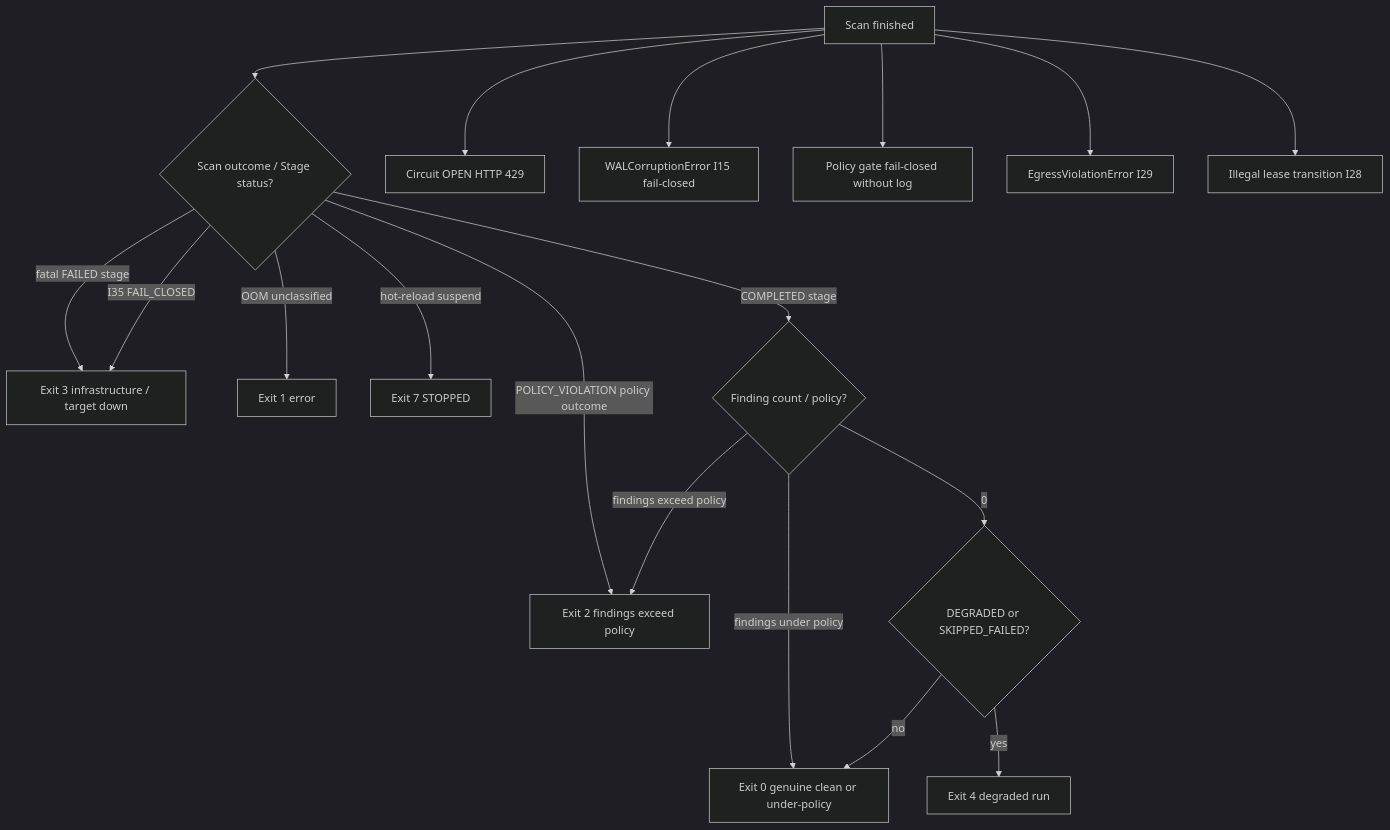
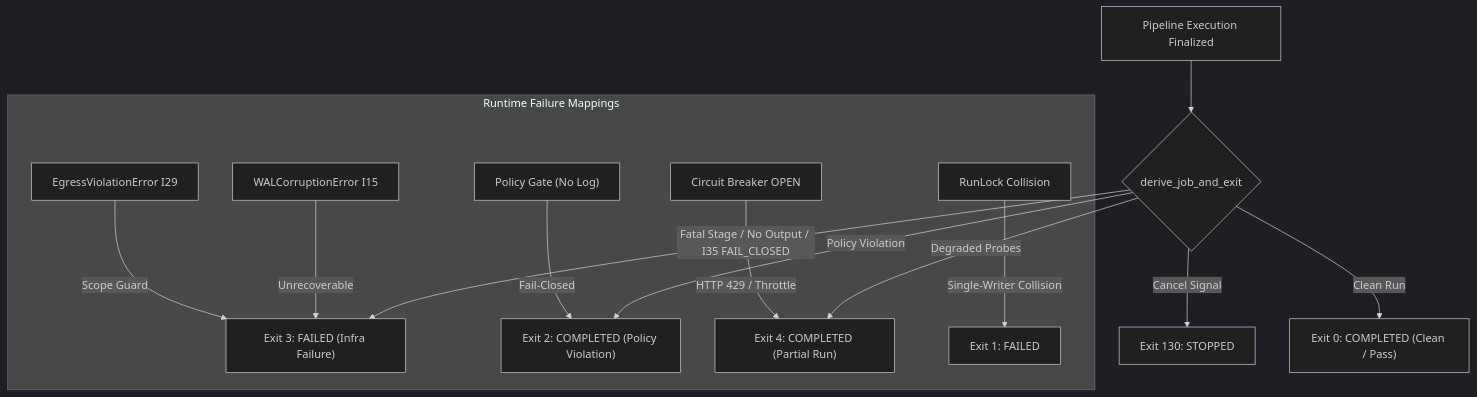
Before and after one commit to AviralGup7/Singularity-Zero: the ninth of 29 diagrams in docs/flowchart.md, drawn with Mermaid (dark theme). The commit also changed other lines of this file and 6 other files, not shown here.

Commit message:
feat(atlas): complete atlas audit hardening, code improvements, invariant registry, and charts F-034..F-045

````diff
--- a/docs/flowchart.md
+++ b/docs/flowchart.md
@@ -378,20 +452,17 @@
 ```mermaid
 flowchart TD
-    Run["Scan finished"] --> Q1{"Scan outcome / Stage status?"}
-    Q1 -->|fatal FAILED stage| Infra["Exit 3 infrastructure / target down"]
-    Q1 -->|OOM unclassified| Err1["Exit 1 error"]
-    Q1 -->|hot-reload suspend| Susp["Exit 7 STOPPED"]
-    Q1 -->|POLICY_VIOLATION policy outcome| Vuln["Exit 2 findings exceed policy"]
-    Q1 -->|COMPLETED stage| Q2{"Finding count / policy?"}
-    Q2 -->|findings under policy| Clean["Exit 0 genuine clean or under-policy"]
-    Q2 -->|findings exceed policy| Vuln
-    Q2 -->|0| Q3{"DEGRADED or SKIPPED_FAILED?"}
-    Q3 -->|no| Clean
-    Q3 -->|yes| Deg["Exit 4 degraded run"]
-    Q1 -->|I35 FAIL_CLOSED| Infra
-    Run --> CB["Circuit OPEN HTTP 429"]
-    Run --> WAL["WALCorruptionError I15 fail-closed"]
-    Run --> Pol["Policy gate fail-closed without log"]
-    Run --> Egress["EgressViolationError I29"]
-    Run --> Lease["Illegal lease transition I28"]
+    Run["Pipeline Execution Finalized"]:::impl --> Precedence{"derive_job_and_exit"}:::impl
+    Precedence -->|Cancel Signal| Exit130["Exit 130: STOPPED"]:::impl
+    Precedence -->|Fatal Stage / No Output / I35 FAIL_CLOSED| Exit3["Exit 3: FAILED (Infra Failure)"]:::impl
+    Precedence -->|Policy Violation| Exit2["Exit 2: COMPLETED (Policy Violation)"]:::impl
+    Precedence -->|Degraded Probes| Exit4["Exit 4: COMPLETED (Partial Run)"]:::impl
+    Precedence -->|Clean Run| Exit0["Exit 0: COMPLETED (Clean / Pass)"]:::impl
+    
+    subgraph ErrorMap["Runtime Failure Mappings"]
+        CB["Circuit Breaker OPEN"]:::forbidden -->|"HTTP 429 / Throttle"| Exit4
+        WAL["WALCorruptionError I15"]:::forbidden -->|"Unrecoverable"| Exit3
+        Pol["Policy Gate (No Log)"]:::forbidden -->|"Fail-Closed"| Exit2
+        Egress["EgressViolationError I29"]:::forbidden -->|"Scope Guard"| Exit3
+        Lock["RunLock Collision"]:::forbidden -->|"Single-Writer Collision"| Exit1["Exit 1: FAILED"]:::impl
+    end
 ```
````
